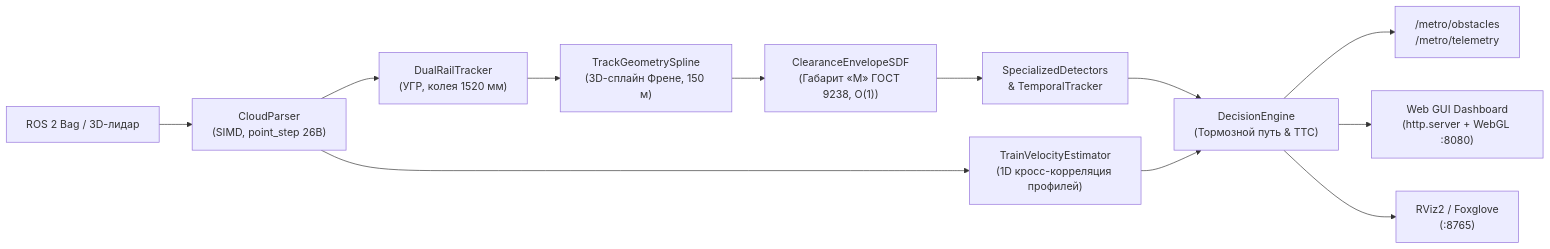
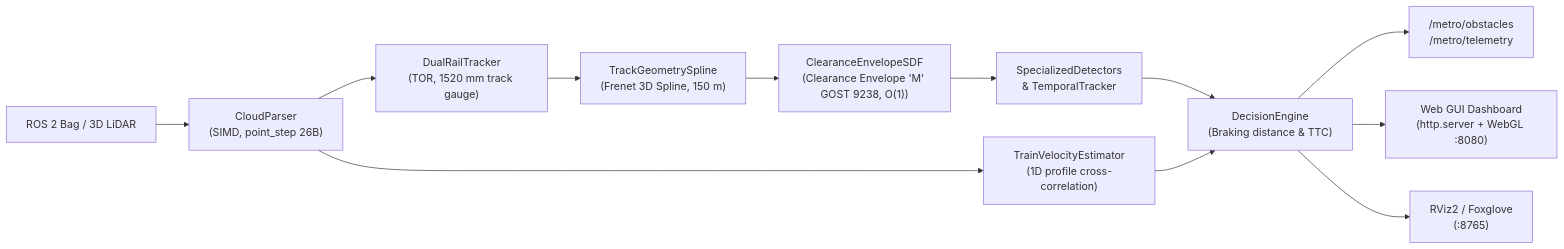
The diagram in README.md (krisikas/MetroLidar2026), drawn with Mermaid before and after one commit. The commit also changed other lines of this file and 1 other file, not shown here.

````diff
--- a/README.md
+++ b/README.md
@@ -24,14 +24,14 @@
 ```mermaid
 flowchart LR
-    A["ROS 2 Bag / 3D-лидар"] --> B["CloudParser<br/>(SIMD, point_step 26B)"]
-    B --> C["DualRailTracker<br/>(УГР, колея 1520 мм)"]
-    C --> D["TrackGeometrySpline<br/>(3D-сплайн Френе, 150 м)"]
-    D --> E["ClearanceEnvelopeSDF<br/>(Габарит «М» ГОСТ 9238, O(1))"]
+    A["ROS 2 Bag / 3D LiDAR"] --> B["CloudParser<br/>(SIMD, point_step 26B)"]
+    B --> C["DualRailTracker<br/>(TOR, 1520 mm track gauge)"]
+    C --> D["TrackGeometrySpline<br/>(Frenet 3D Spline, 150 m)"]
+    D --> E["ClearanceEnvelopeSDF<br/>(Clearance Envelope 'M' GOST 9238, O(1))"]
     E --> F["SpecializedDetectors<br/>& TemporalTracker"]
-    F --> G["DecisionEngine<br/>(Тормозной путь & TTC)"]
-    B --> H["TrainVelocityEstimator<br/>(1D кросс-корреляция профилей)"]
+    F --> G["DecisionEngine<br/>(Braking distance & TTC)"]
+    B --> H["TrainVelocityEstimator<br/>(1D profile cross-correlation)"]
     H --> G
     G --> I["/metro/obstacles<br/>/metro/telemetry"]
     G --> J["Web GUI Dashboard<br/>(http.server + WebGL :8080)"]
     G --> K["RViz2 / Foxglove<br/>(:8765)"]
 ```
````
